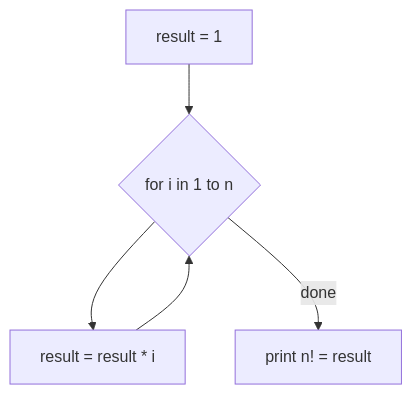
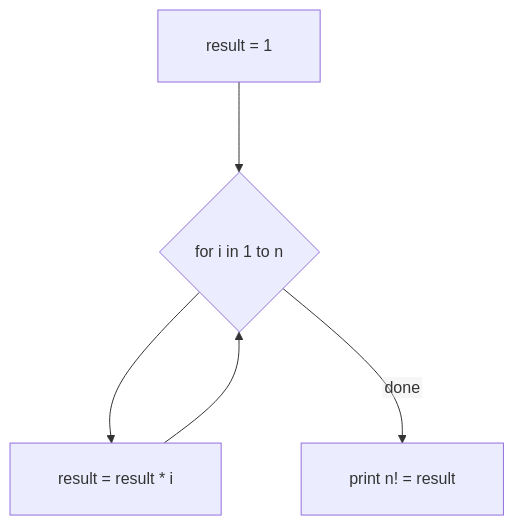
One commit to ABVenu/salcurriculum changed the eighth of 8 diagrams in SAL-2026/Python Basics - English/S03/NotesPresentation.md. Above: the diagram before and after it, drawn with Mermaid. The commit also changed other lines of this file and 820 other files, not shown here.

````diff
--- a/SAL-2026/Python Basics - English/S03/NotesPresentation.md
+++ b/SAL-2026/Python Basics - English/S03/NotesPresentation.md
@@ -442,7 +657,8 @@
 ```mermaid
+%%{init: {"flowchart": {"htmlLabels": false, "curve": "basis", "padding": 24, "nodeSpacing": 80, "rankSpacing": 90, "diagramPadding": 48}}}%%
 flowchart TB
-    S[result = 1] --> L{for i in 1 to n}
-    L --> M[result = result * i]
+    S["  result = 1  "] --> L{"  for i in 1 to n  "}
+    L --> M["  result = result * i  "]
     M --> L
-    L -->|done| P[print n! = result]
+    L -->|"  done  "| P["  print n! = result  "]
 ```
````
